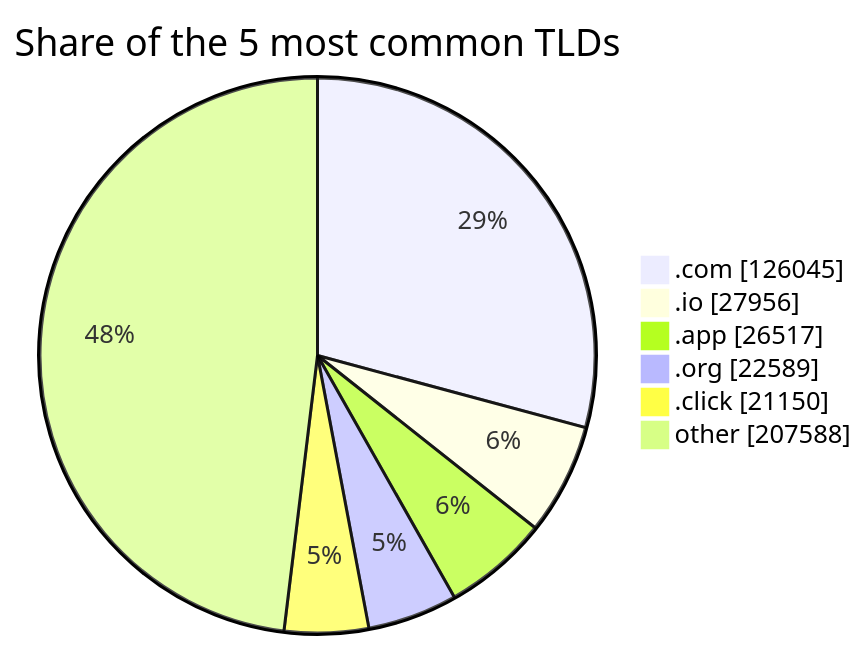
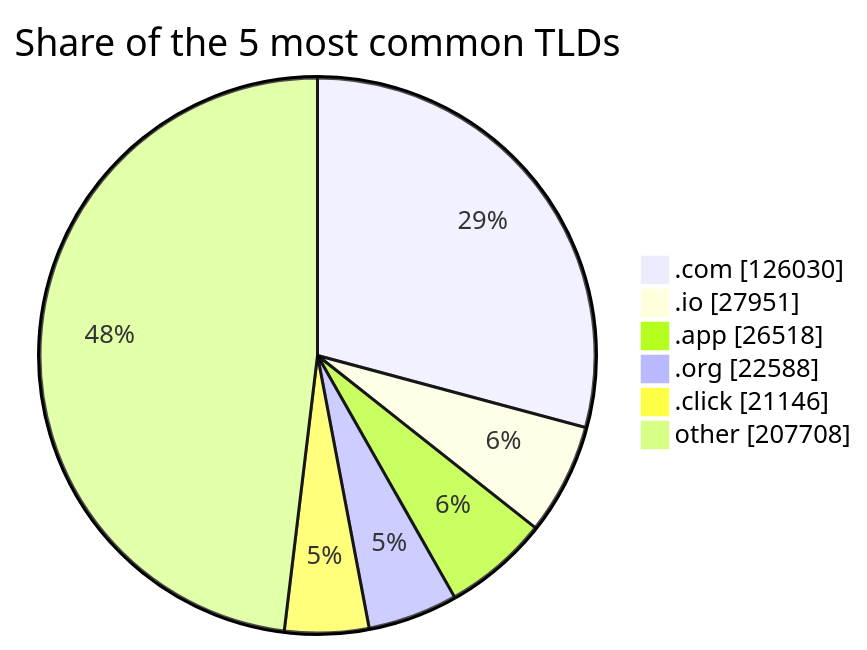
Before and after one commit to DNSBunker/CTI: the third of 3 diagrams in README.md, drawn with Mermaid. The commit also changed other lines of this file and 3 other files, not shown here.

````diff
--- a/README.md
+++ b/README.md
@@ -81,9 +81,9 @@
 ```mermaid
 pie showData title Share of the 5 most common TLDs
-    ".com" : 126045
-    ".io" : 27956
-    ".app" : 26517
-    ".org" : 22589
-    ".click" : 21150
-    "other" : 207588
+    ".com" : 126030
+    ".io" : 27951
+    ".app" : 26518
+    ".org" : 22588
+    ".click" : 21146
+    "other" : 207708
 ```
````
